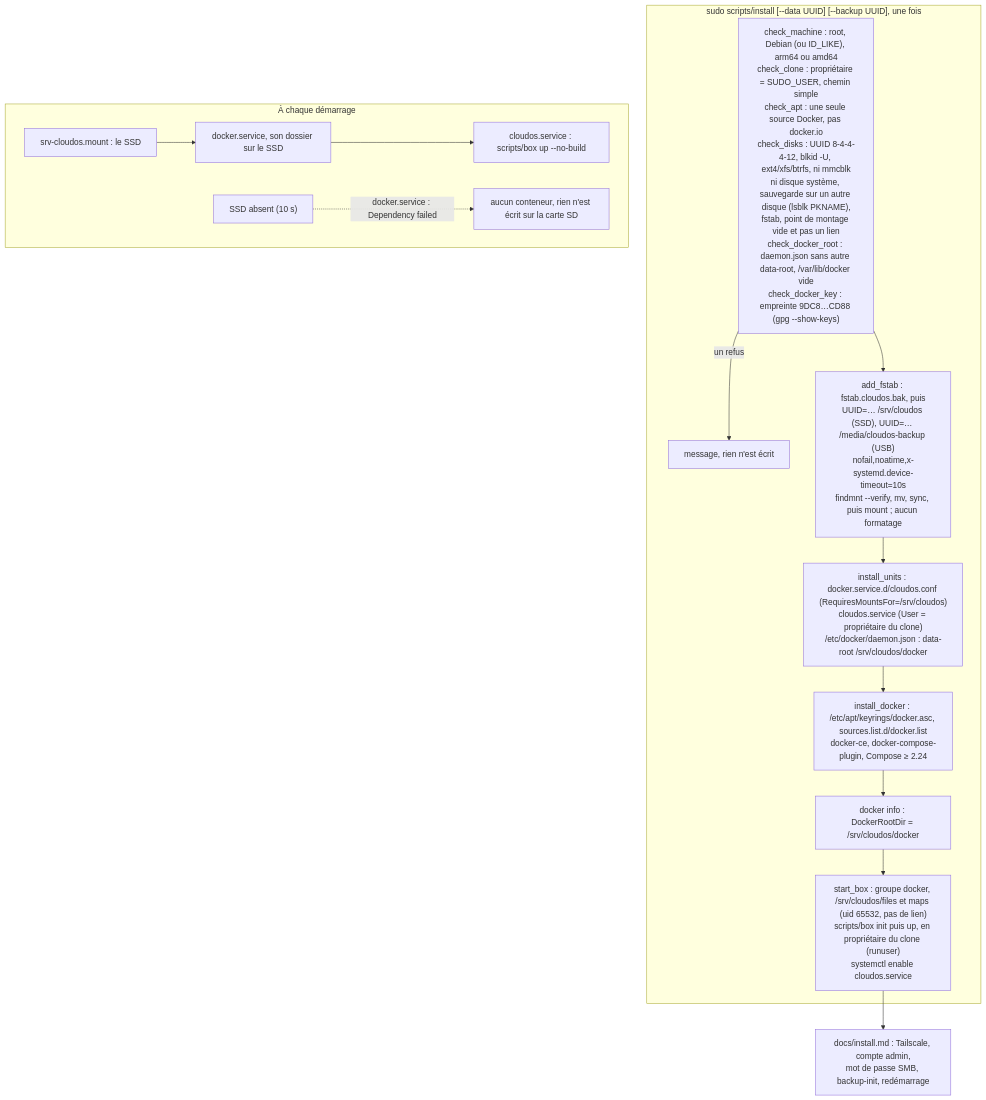
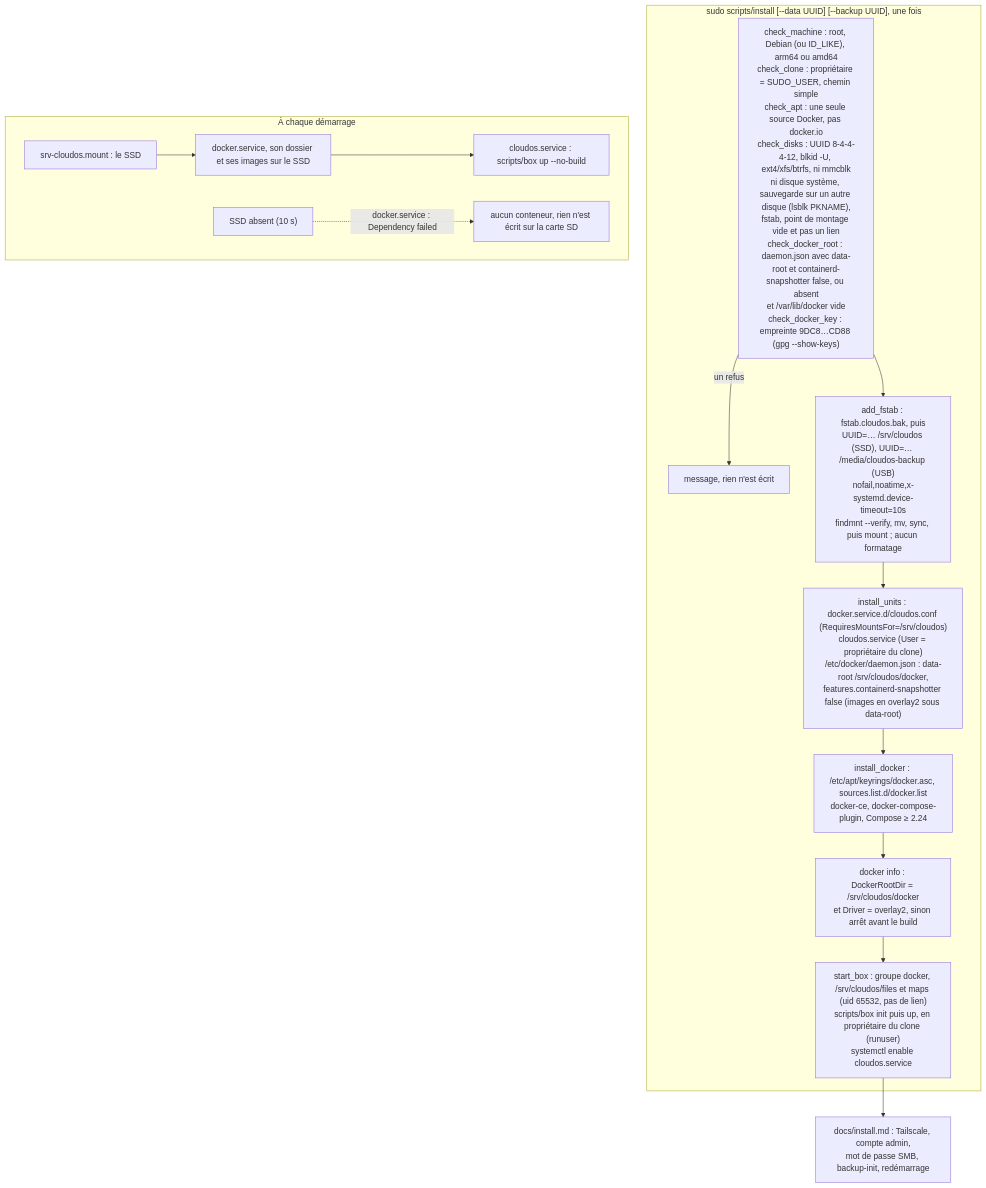
One commit to C2-POLY/cloud-os changed the second of 3 diagrams in docs/architecture/box.md. Above: the diagram before and after it, drawn with Mermaid. The commit also changed other lines of this file and 4 other files, not shown here.

First line of the commit message:
fix(box): keep Docker's images on the data SSD

````diff
--- a/docs/architecture/box.md
+++ b/docs/architecture/box.md
@@ -85,18 +85,18 @@
 ```mermaid
 flowchart TD
   subgraph install["sudo scripts/install [--data UUID] [--backup UUID], une fois"]
-    checks["check_machine : root, Debian (ou ID_LIKE), arm64 ou amd64<br/>check_clone : propriétaire = SUDO_USER, chemin simple<br/>check_apt : une seule source Docker, pas docker.io<br/>check_disks : UUID 8-4-4-4-12, blkid -U, ext4/xfs/btrfs, ni mmcblk<br/>ni disque système, sauvegarde sur un autre disque (lsblk PKNAME),<br/>fstab, point de montage vide et pas un lien<br/>check_docker_root : daemon.json sans autre data-root, /var/lib/docker vide<br/>check_docker_key : empreinte 9DC8…CD88 (gpg --show-keys)"]
+    checks["check_machine : root, Debian (ou ID_LIKE), arm64 ou amd64<br/>check_clone : propriétaire = SUDO_USER, chemin simple<br/>check_apt : une seule source Docker, pas docker.io<br/>check_disks : UUID 8-4-4-4-12, blkid -U, ext4/xfs/btrfs, ni mmcblk<br/>ni disque système, sauvegarde sur un autre disque (lsblk PKNAME),<br/>fstab, point de montage vide et pas un lien<br/>check_docker_root : daemon.json avec data-root et containerd-snapshotter false, ou absent<br/>et /var/lib/docker vide<br/>check_docker_key : empreinte 9DC8…CD88 (gpg --show-keys)"]
     checks -- "un refus" --> stop1["message, rien n'est écrit"]
     checks --> disks["add_fstab : fstab.cloudos.bak, puis<br/>UUID=… /srv/cloudos (SSD), UUID=… /media/cloudos-backup (USB)<br/>nofail,noatime,x-systemd.device-timeout=10s<br/>findmnt --verify, mv, sync, puis mount ; aucun formatage"]
-    disks --> units["install_units : docker.service.d/cloudos.conf (RequiresMountsFor=/srv/cloudos)<br/>cloudos.service (User = propriétaire du clone)<br/>/etc/docker/daemon.json : data-root /srv/cloudos/docker"]
+    disks --> units["install_units : docker.service.d/cloudos.conf (RequiresMountsFor=/srv/cloudos)<br/>cloudos.service (User = propriétaire du clone)<br/>/etc/docker/daemon.json : data-root /srv/cloudos/docker,<br/>features.containerd-snapshotter false (images en overlay2 sous data-root)"]
     units --> apt["install_docker : /etc/apt/keyrings/docker.asc, sources.list.d/docker.list<br/>docker-ce, docker-compose-plugin, Compose ≥ 2.24"]
-    apt --> rootdir["docker info : DockerRootDir = /srv/cloudos/docker"]
+    apt --> rootdir["docker info : DockerRootDir = /srv/cloudos/docker<br/>et Driver = overlay2, sinon arrêt avant le build"]
     rootdir --> box["start_box : groupe docker, /srv/cloudos/files et maps (uid 65532, pas de lien)<br/>scripts/box init puis up, en propriétaire du clone (runuser)<br/>systemctl enable cloudos.service"]
   end
   subgraph boot["À chaque démarrage"]
-    mount["srv-cloudos.mount : le SSD"] --> docker["docker.service, son dossier sur le SSD"]
+    mount["srv-cloudos.mount : le SSD"] --> docker["docker.service, son dossier et ses images sur le SSD"]
     docker --> svc["cloudos.service : scripts/box up --no-build"]
     nossd["SSD absent (10 s)"] -. "docker.service : Dependency failed" .-> sd["aucun conteneur, rien n'est écrit sur la carte SD"]
   end
   box --> guide["docs/install.md : Tailscale, compte admin,<br/>mot de passe SMB, backup-init, redémarrage"]
 ```
````
